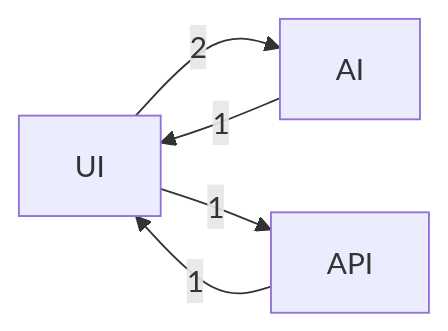
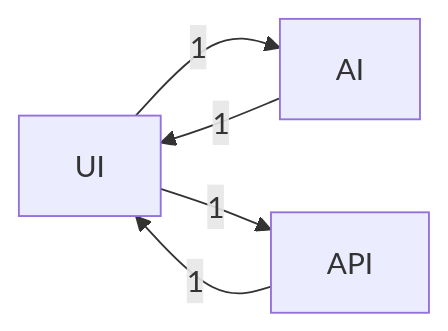
Before and after one commit to DeepExtrema/deepextrema: the diagram in README.md, drawn with Mermaid. The commit also changed other lines of this file and 4 other files, not shown here.

````diff
--- a/README.md
+++ b/README.md
@@ -214,7 +214,7 @@
 ```mermaid
 graph LR
-    UI -->|2| AI
+    UI -->|1| AI
     AI -->|1| UI
     UI -->|1| API
     API -->|1| UI
 ```
````
